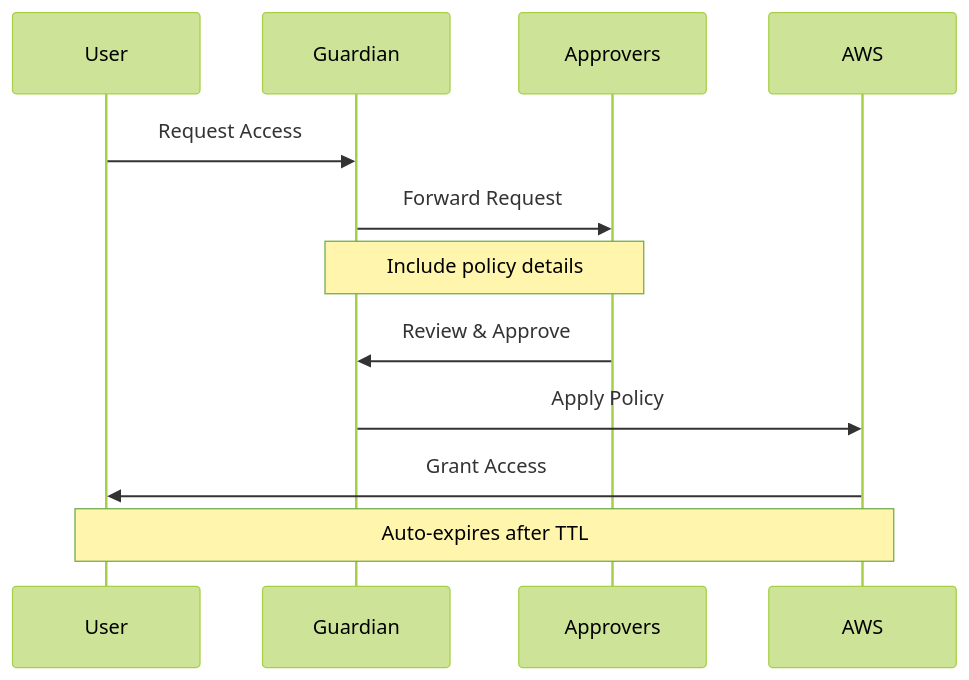
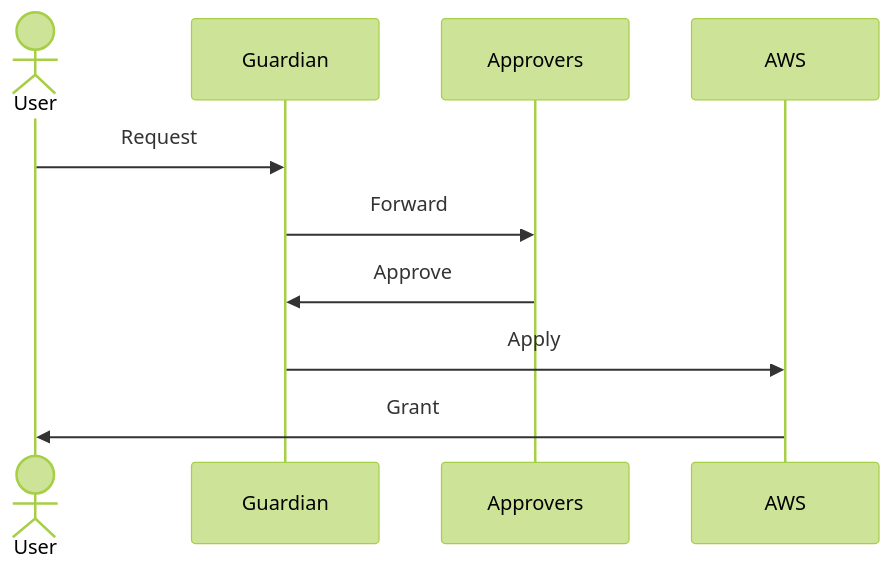
Before and after one commit to kubiyabot/terraform-modules: the third of 5 diagrams in jit-permissions-guardians/terraform/README.md, drawn with Mermaid (forest theme). The commit also changed other lines of this file, not shown here.

````diff
--- a/jit-permissions-guardians/terraform/README.md
+++ b/jit-permissions-guardians/terraform/README.md
@@ -71,15 +71,13 @@
 ```mermaid
 sequenceDiagram
-    participant User
+    actor User
     participant Guardian
     participant Approvers
     participant AWS
 
-    User->>Guardian: Request Access
-    Guardian->>Approvers: Forward Request
-    Note over Guardian,Approvers: Include policy details
-    Approvers->>Guardian: Review & Approve
-    Guardian->>AWS: Apply Policy
-    AWS->>User: Grant Access
-    Note over User,AWS: Auto-expires after TTL
+    User->>Guardian: Request
+    Guardian->>Approvers: Forward
+    Approvers->>Guardian: Approve
+    Guardian->>AWS: Apply
+    AWS->>User: Grant
 ```
````
